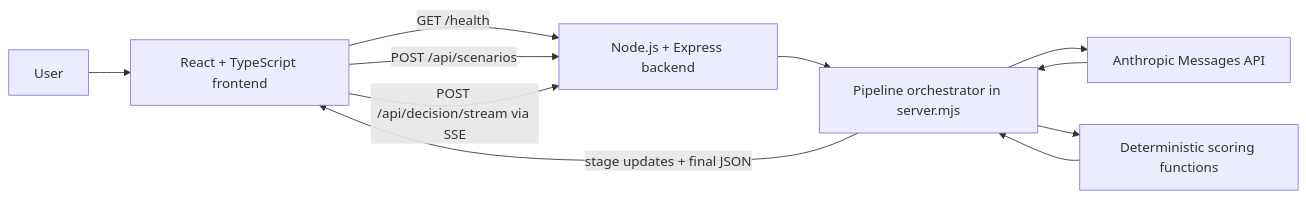
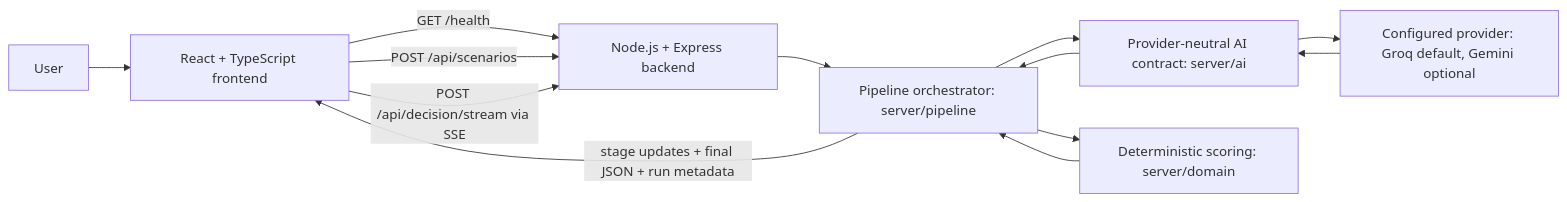
The diagram in README.md (abdo2006-dev/ScenarioRank-AI), drawn with Mermaid before and after one commit. The commit also changed other lines of this file and 12 other files, not shown here.

````diff
--- a/README.md
+++ b/README.md
@@ -29,13 +29,15 @@
 ```mermaid
 flowchart LR
     U[User] --> F[React + TypeScript frontend]
     F -->|GET /health| B[Node.js + Express backend]
     F -->|POST /api/scenarios| B
     F -->|POST /api/decision/stream via SSE| B
-    B --> O[Pipeline orchestrator in server.mjs]
-    O --> A[Anthropic Messages API]
-    O --> D[Deterministic scoring functions]
-    A --> O
+    B --> O[Pipeline orchestrator: server/pipeline]
+    O --> P[Provider-neutral AI contract: server/ai]
+    P --> A[Configured provider: Groq default, Gemini optional]
+    O --> D[Deterministic scoring: server/domain]
+    A --> P
+    P --> O
     D --> O
-    O -->|stage updates + final JSON| F
+    O -->|stage updates + final JSON + run metadata| F
 ```
````
